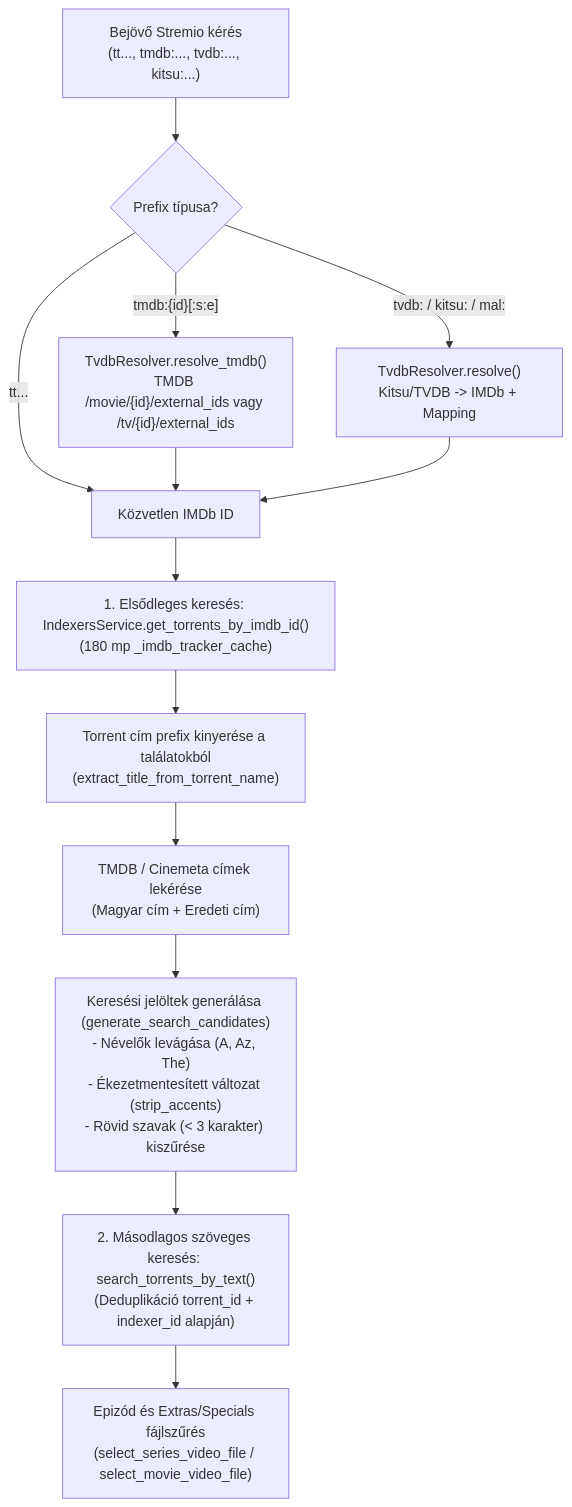
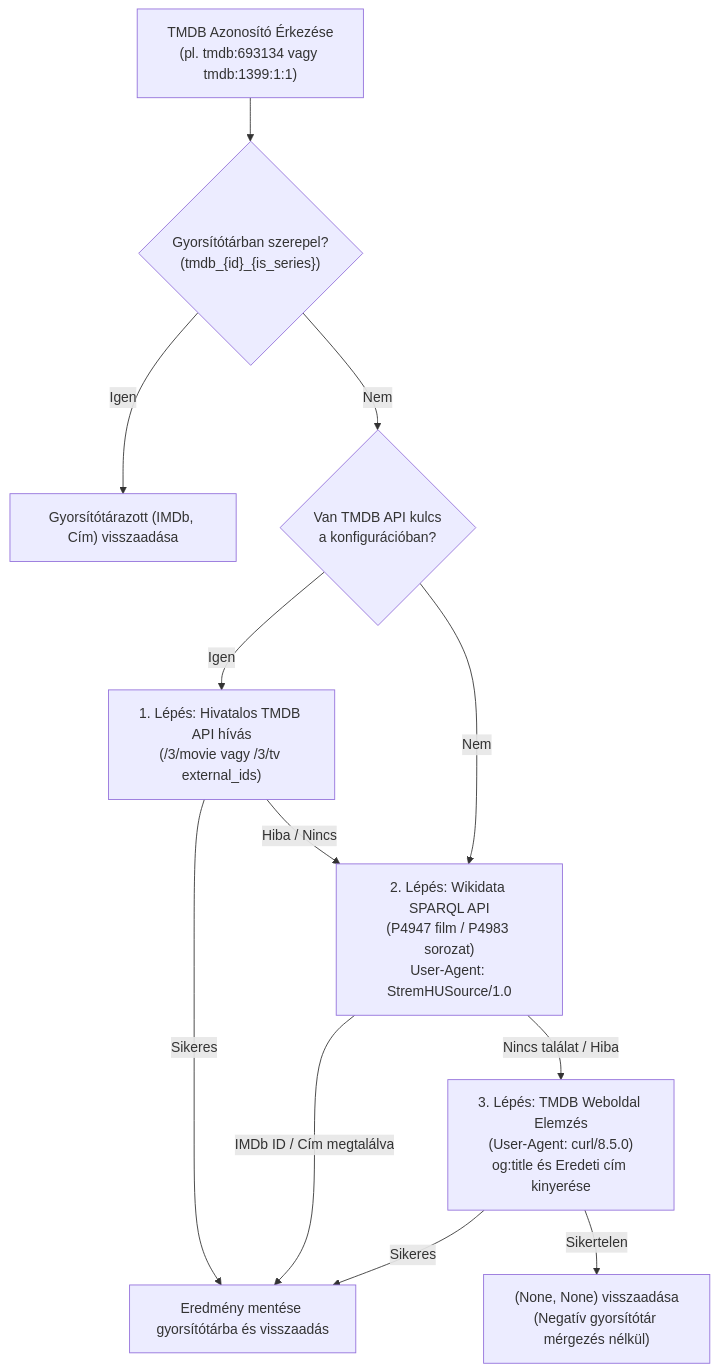
One commit to Levfero/stremhu-source-VibeCodedEdition changed the first of 2 diagrams in docs/feature/search-filter-tmdb-tvdb.md. Above: the diagram before and after it, drawn with Mermaid. The commit also changed other lines of this file and 13 other files, not shown here.

Commit message:
perf(search): optimize TMDB resolution, multi-tracker text search, query caching, and stream isolation

````diff
--- a/docs/feature/search-filter-tmdb-tvdb.md
+++ b/docs/feature/search-filter-tmdb-tvdb.md
@@ -48,17 +46,17 @@
 ```mermaid
 flowchart TD
-    Req["Bejövő Stremio kérés\n(tt..., tmdb:..., tvdb:..., kitsu:...)"] --> CheckPrefix{"Prefix típusa?"}
-    CheckPrefix -- "tmdb:{id}[:s:e]" --> ResolveTmdb["TvdbResolver.resolve_tmdb()\nTMDB /movie/{id}/external_ids vagy /tv/{id}/external_ids"]
-    CheckPrefix -- "tvdb: / kitsu: / mal:" --> ResolveAnime["TvdbResolver.resolve()\nKitsu/TVDB -> IMDb + Mapping"]
-    CheckPrefix -- "tt..." --> DirectImdb["Közvetlen IMDb ID"]
+    Req["TMDB Azonosító Érkezése\n(pl. tmdb:693134 vagy tmdb:1399:1:1)"] --> CacheCheck{"Gyorsítótárban szerepel?\n(tmdb_{id}_{is_series})"}
+    CacheCheck -- "Igen" --> ReturnCached["Gyorsítótárazott (IMDb, Cím) visszaadása"]
+    CacheCheck -- "Nem" --> HasApiKey{"Van TMDB API kulcs\na konfigurációban?"}
 
-    ResolveTmdb --> DirectImdb
-    ResolveAnime --> DirectImdb
+    HasApiKey -- "Igen" --> TMDBApiCall["1. Lépés: Hivatalos TMDB API hívás\n(/3/movie vagy /3/tv external_ids)"]
+    TMDBApiCall -- "Sikeres" --> SaveAndReturn["Eredmény mentése gyorsítótárba és visszaadás"]
+    TMDBApiCall -- "Hiba / Nincs" --> WikiDataCall
 
-    DirectImdb --> ImdbSearch["1. Elsődleges keresés: IndexersService.get_torrents_by_imdb_id()\n(180 mp _imdb_tracker_cache)"]
-    ImdbSearch --> ExtractPrefix["Torrent cím prefix kinyerése a találatokból\n(extract_title_from_torrent_name)"]
-    ExtractPrefix --> FetchTitles["TMDB / Cinemeta címek lekérése\n(Magyar cím + Eredeti cím)"]
-    FetchTitles --> GenCandidates["Keresési jelöltek generálása (generate_search_candidates)\n- Névelők levágása (A, Az, The)\n- Ékezetmentesített változat (strip_accents)\n- Rövid szavak (< 3 karakter) kiszűrése"]
-    GenCandidates --> TextSearch["2. Másodlagos szöveges keresés: search_torrents_by_text()\n(Deduplikáció torrent_id + indexer_id alapján)"]
-    TextSearch --> FilterFiles["Epizód és Extras/Specials fájlszűrés\n(select_series_video_file / select_movie_video_file)"]
+    HasApiKey -- "Nem" --> WikiDataCall["2. Lépés: Wikidata SPARQL API\n(P4947 film / P4983 sorozat)\nUser-Agent: StremHUSource/1.0"]
+    WikiDataCall -- "IMDb ID / Cím megtalálva" --> SaveAndReturn
+    WikiDataCall -- "Nincs találat / Hiba" --> WebScrapeCall["3. Lépés: TMDB Weboldal Elemzés\n(User-Agent: curl/8.5.0)\nog:title és Eredeti cím kinyerése"]
+
+    WebScrapeCall -- "Sikeres" --> SaveAndReturn
+    WebScrapeCall -- "Sikertelen" --> NegativeCache["(None, None) visszaadása\n(Negatív gyorsítótár mérgezés nélkül)"]
 ```
````
